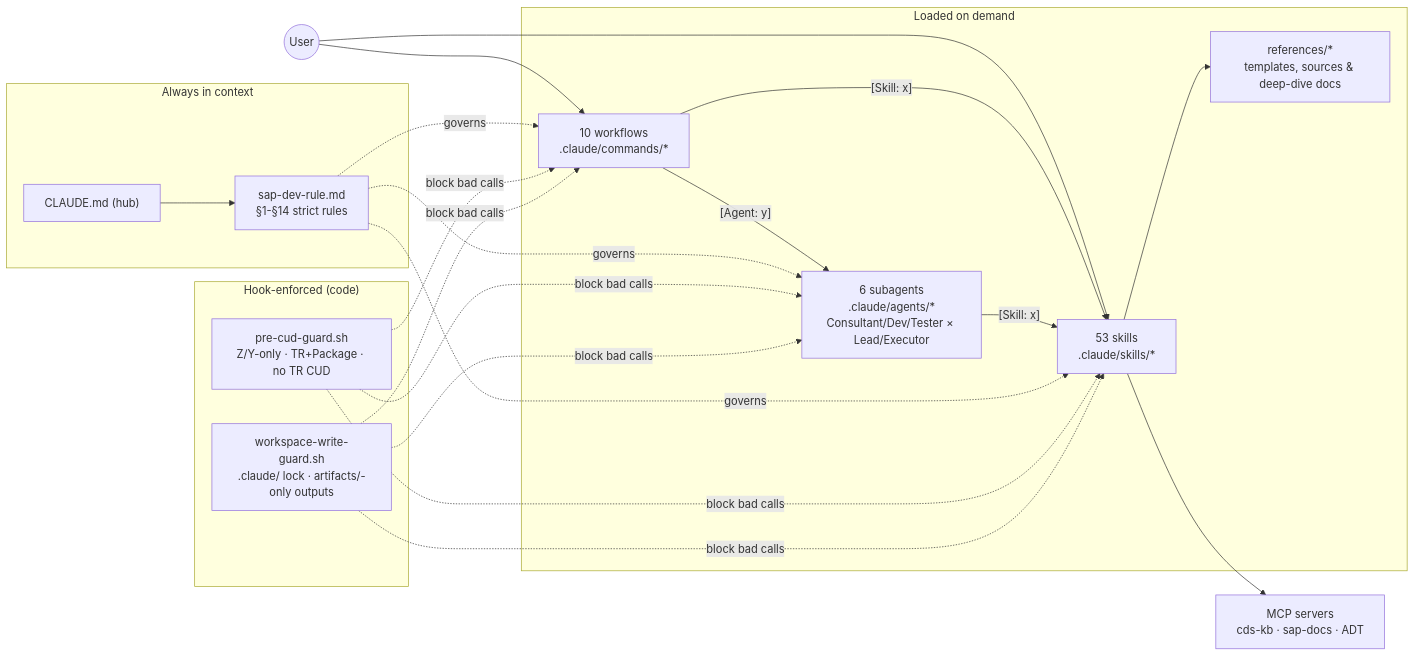
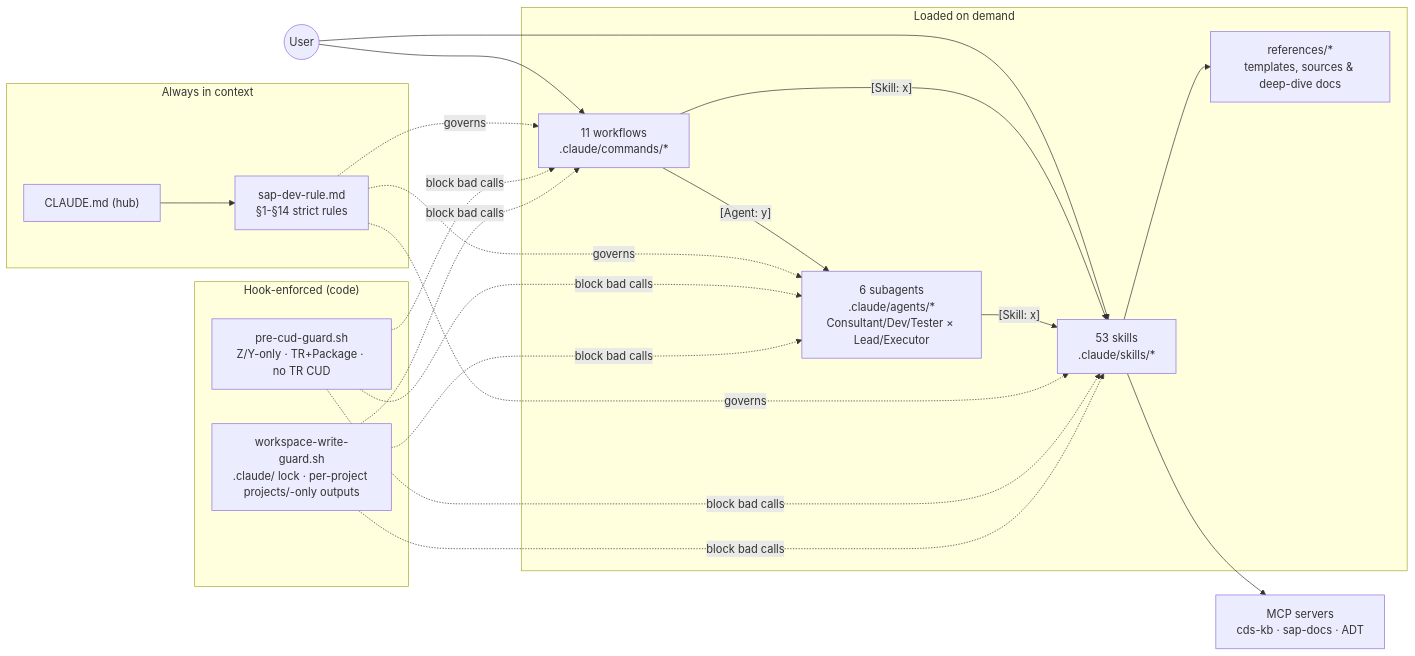
Before and after one commit to dovoanhtruong/abap-agent-claudecode-workspace: the first of 2 diagrams in README.md, drawn with Mermaid. The commit also changed other lines of this file and 33 other files, not shown here.

````diff
--- a/README.md
+++ b/README.md
@@ -18,23 +18,23 @@
 ```mermaid
 flowchart LR
     subgraph CTX["Always in context"]
         CM["CLAUDE.md (hub)"] --> RULE["sap-dev-rule.md<br/>§1-§14 strict rules"]
     end
     subgraph ONDEMAND["Loaded on demand"]
         SK["53 skills<br/>.claude/skills/*"] --> REF["references/*<br/>templates, sources & deep-dive docs"]
-        WF["10 workflows<br/>.claude/commands/*"]
+        WF["11 workflows<br/>.claude/commands/*"]
         AG["6 subagents<br/>.claude/agents/*<br/>Consultant/Dev/Tester × Lead/Executor"]
     end
     subgraph ENFORCE["Hook-enforced (code)"]
         H1["pre-cud-guard.sh<br/>Z/Y-only · TR+Package · no TR CUD"]
-        H2["workspace-write-guard.sh<br/>.claude/ lock · artifacts/-only outputs"]
+        H2["workspace-write-guard.sh<br/>.claude/ lock · per-project projects/-only outputs"]
     end
     USER((User)) --> WF
     USER --> SK
     WF -->|"[Skill: x]"| SK
     WF -->|"[Agent: y]"| AG
     AG -->|"[Skill: x]"| SK
     RULE -.governs.-> WF & SK & AG
     H1 & H2 -.block bad calls.-> WF & SK & AG
     SK --> MCP["MCP servers<br/>cds-kb · sap-docs · ADT"]
 ```
````
